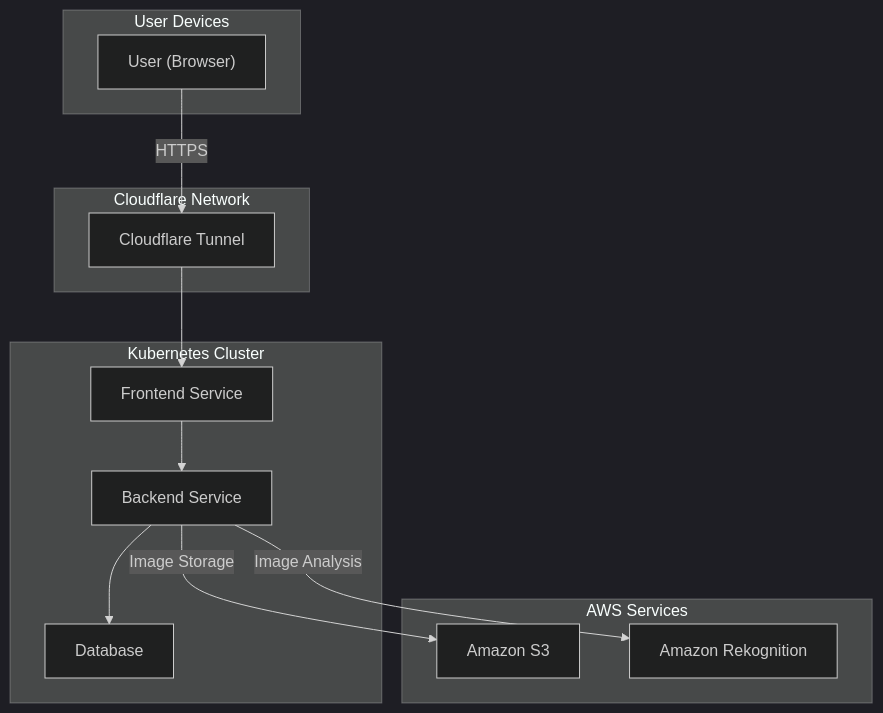
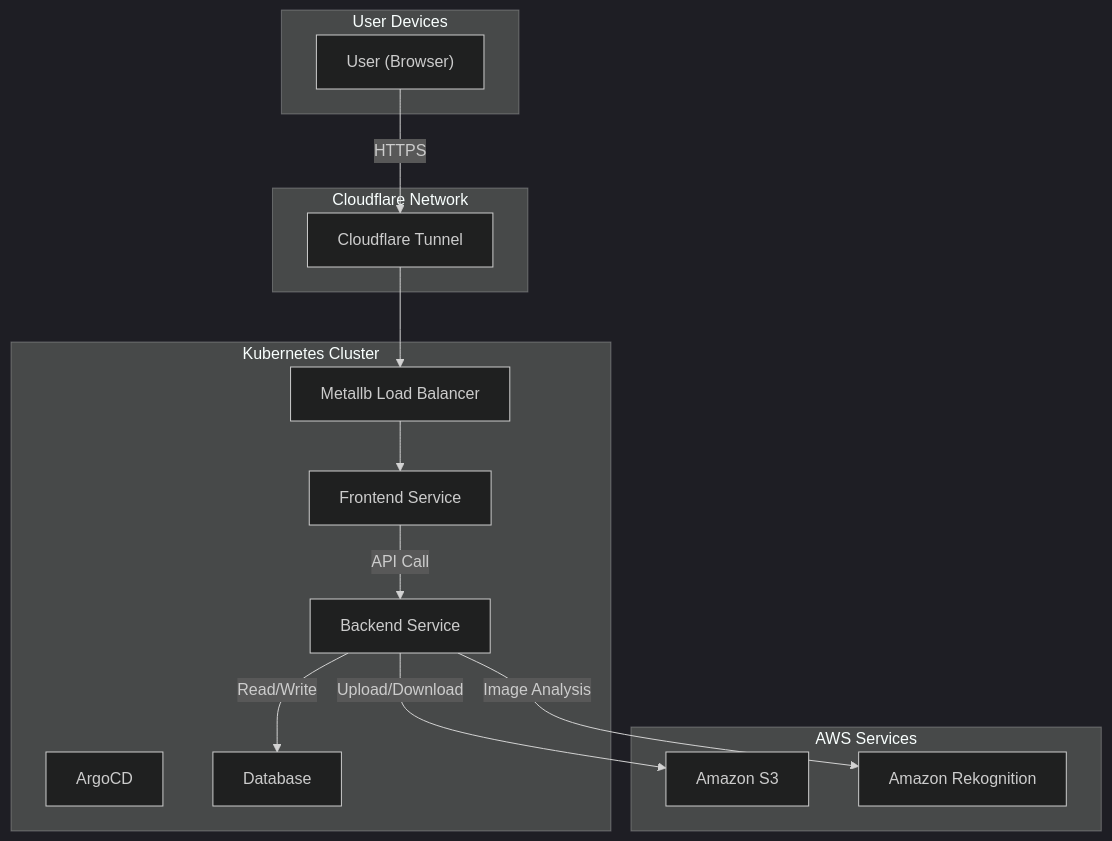
One commit to noluchs/SEM5-EVENTGALLERY changed the diagram in README.md. Above: the diagram before and after it, drawn with Mermaid (dark theme). The commit also changed other lines of this file, not shown here.

````diff
--- a/README.md
+++ b/README.md
@@ -116,28 +144,31 @@
 ```mermaid
 graph TD
     subgraph User Devices
         User["User (Browser)"]
     end
 
     subgraph Cloudflare Network
         CF["Cloudflare Tunnel"]
     end
 
     subgraph Kubernetes Cluster
         Frontend["Frontend Service"]
         Backend["Backend Service"]
+        ArgoCD["ArgoCD"]
+        Metallb["Metallb Load Balancer"]
         DB["Database"]
     end
 
     subgraph AWS Services
         S3["Amazon S3"]
         Rekognition["Amazon Rekognition"]
     end
 
     User -->|HTTPS| CF
-    CF --> Frontend
-    Frontend --> Backend
-    Backend --> DB
-    Backend -->|Image Storage| S3
+    CF --> Metallb
+    Metallb --> Frontend
+    Frontend -->|API Call| Backend
+    Backend -->|Read/Write| DB
+    Backend -->|Upload/Download| S3
     Backend -->|Image Analysis| Rekognition
 ```
````
